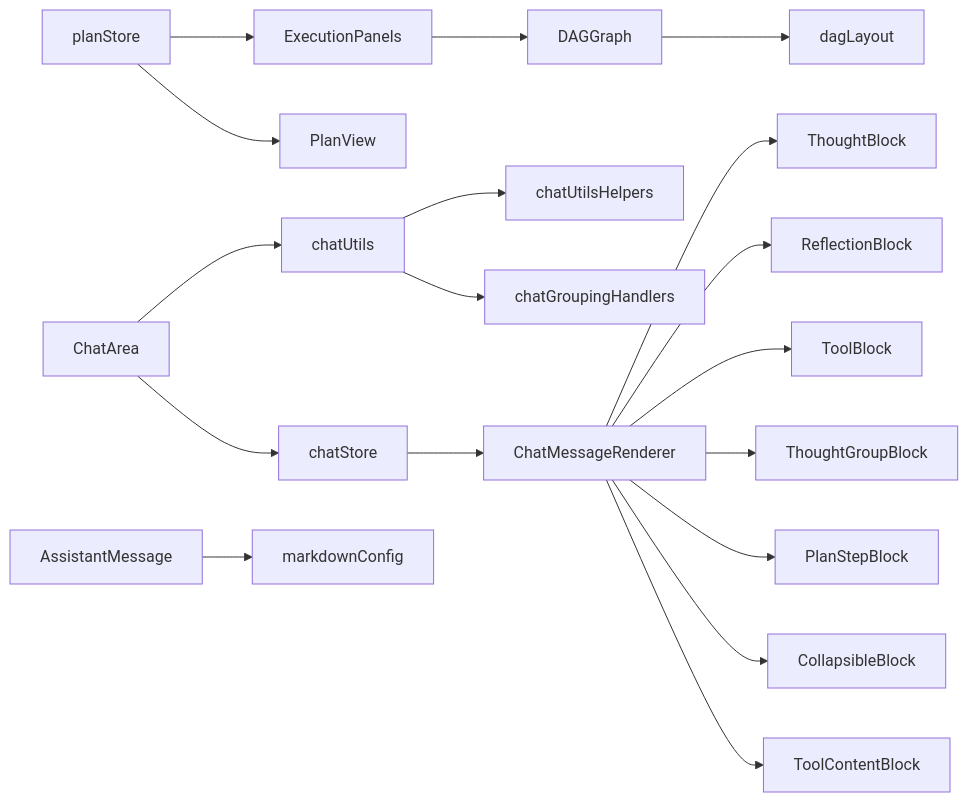
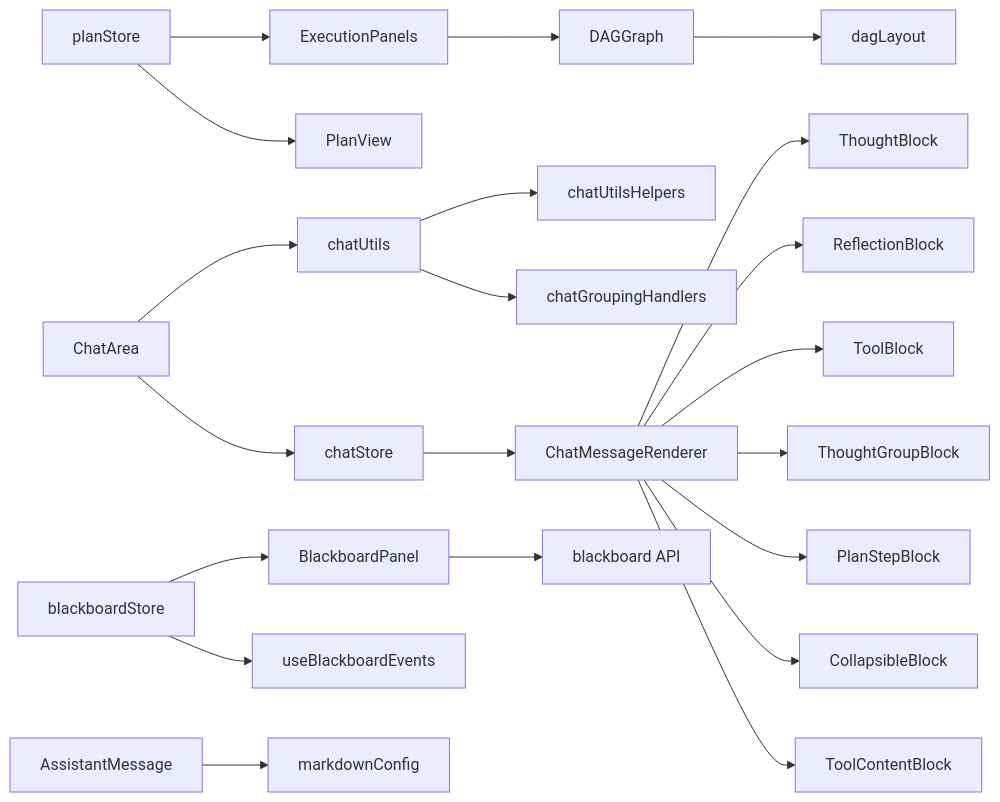
Diagram 16 of 16 in .qoder/repowiki/en/content/Frontend Application/UI Components/Chat Interface Components.md (v0lka/c0wrk), drawn with Mermaid before and after one commit. The commit also changed other lines of this file and 10 other files, not shown here.

````diff
--- a/.qoder/repowiki/en/content/Frontend Application/UI Components/Chat Interface Components.md
+++ b/.qoder/repowiki/en/content/Frontend Application/UI Components/Chat Interface Components.md
@@ -679,20 +801,23 @@
 ```mermaid
 graph LR
 CS["chatStore"] --> CMR["ChatMessageRenderer"]
 PS["planStore"] --> EP["ExecutionPanels"]
 PS --> PV["PlanView"]
+BS["blackboardStore"] --> BB["BlackboardPanel"]
+BS --> UBE["useBlackboardEvents"]
 DG["DAGGraph"] --> DL["dagLayout"]
 AM["AssistantMessage"] --> MC["markdownConfig"]
 CA["ChatArea"] --> CU["chatUtils"]
 CA --> CS
 EP --> DG
 CMR --> THB["ThoughtBlock"]
 CMR --> RFB["ReflectionBlock"]
 CMR --> TB["ToolBlock"]
 CMR --> TGB["ThoughtGroupBlock"]
 CMR --> PSB["PlanStepBlock"]
 CMR --> CB["CollapsibleBlock"]
 CMR --> TCB["ToolContentBlock"]
 CU --> CUH["chatUtilsHelpers"]
 CU --> CGH["chatGroupingHandlers"]
+BB --> BA["blackboard API"]
 ```
````
